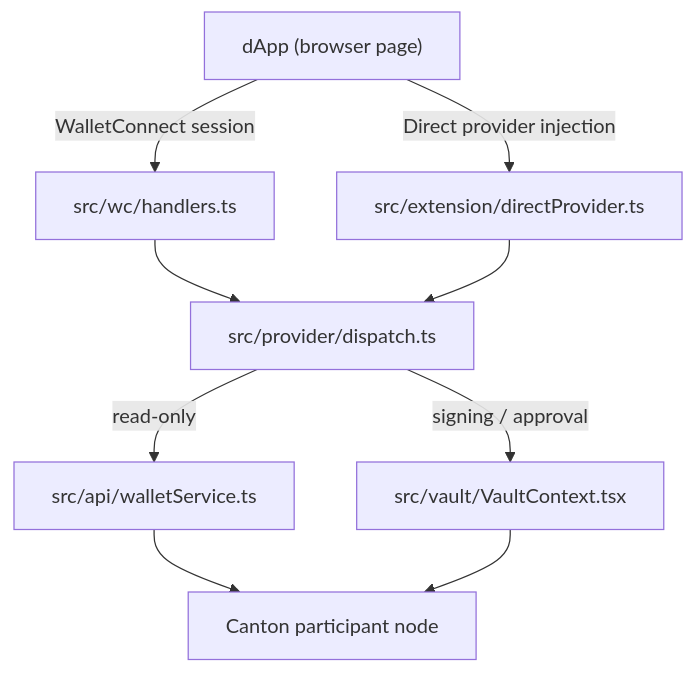
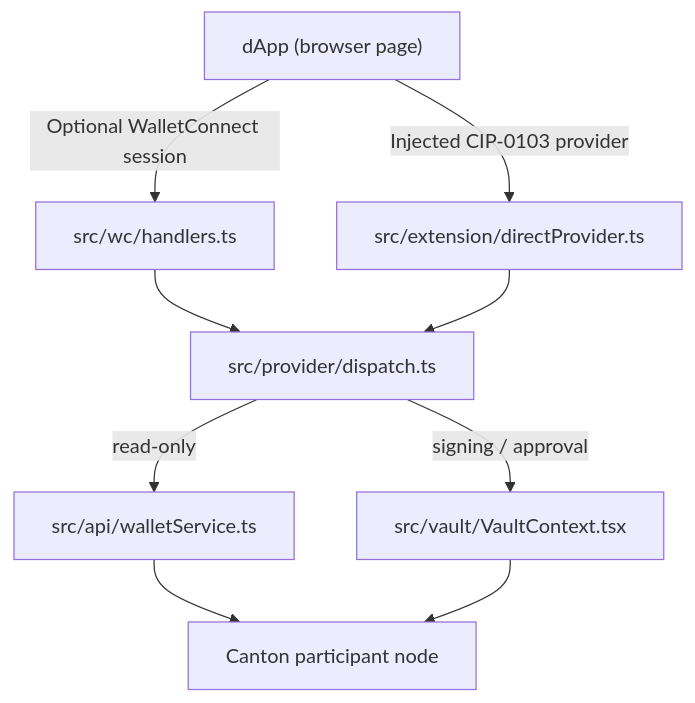
The diagram in carpincho-wallet/architecture.md (BootNodeDev/cn-dappbooster), drawn with Mermaid before and after one commit. The commit also changed other lines of this file and 9 other files, not shown here.

````diff
--- a/carpincho-wallet/architecture.md
+++ b/carpincho-wallet/architecture.md
@@ -119,19 +120,19 @@
 ```mermaid
 flowchart TD
   dapp["dApp (browser page)"]
   wc["src/wc/handlers.ts"]
   direct["src/extension/directProvider.ts"]
   dispatch["src/provider/dispatch.ts"]
   api["src/api/walletService.ts"]
   vault["src/vault/VaultContext.tsx"]
   canton["Canton participant node"]
 
-  dapp -->|"WalletConnect session"| wc
-  dapp -->|"Direct provider injection"| direct
+  dapp -->|"Injected CIP-0103 provider"| direct
+  dapp -->|"Optional WalletConnect session"| wc
   wc --> dispatch
   direct --> dispatch
   dispatch -->|"read-only"| api
   dispatch -->|"signing / approval"| vault
   api --> canton
   vault --> canton
 ```
````
